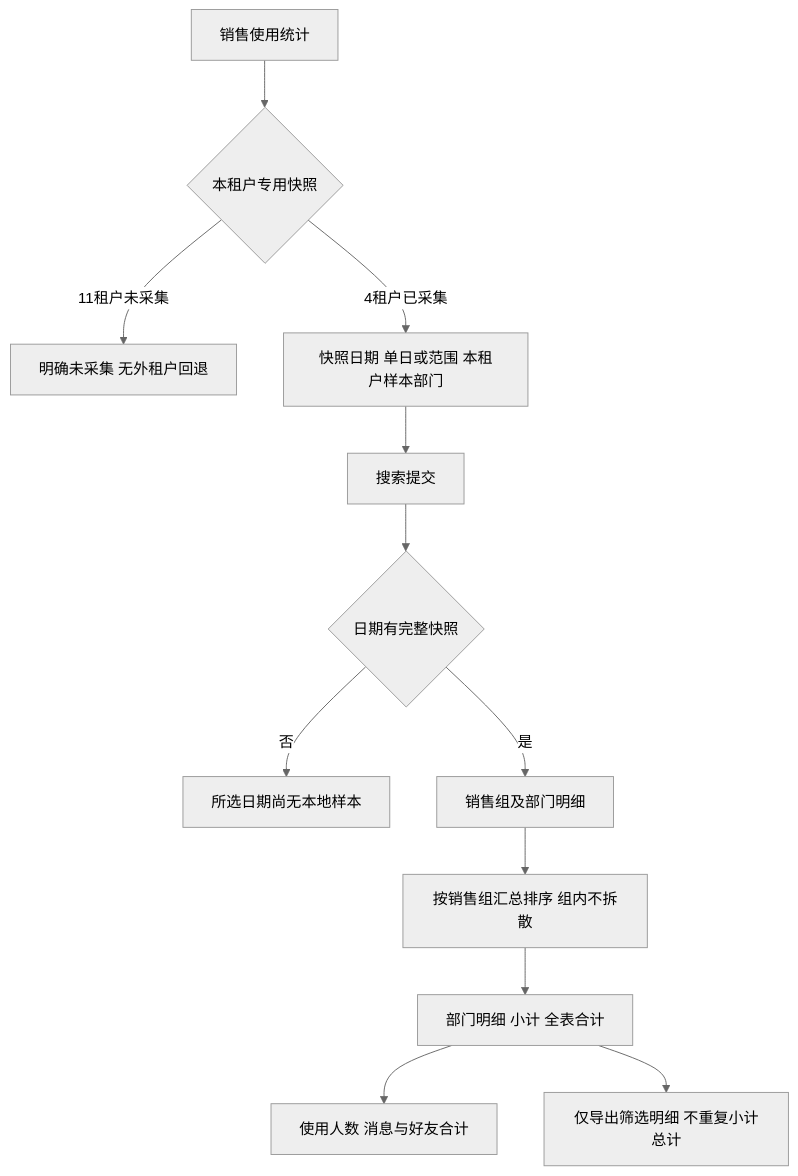
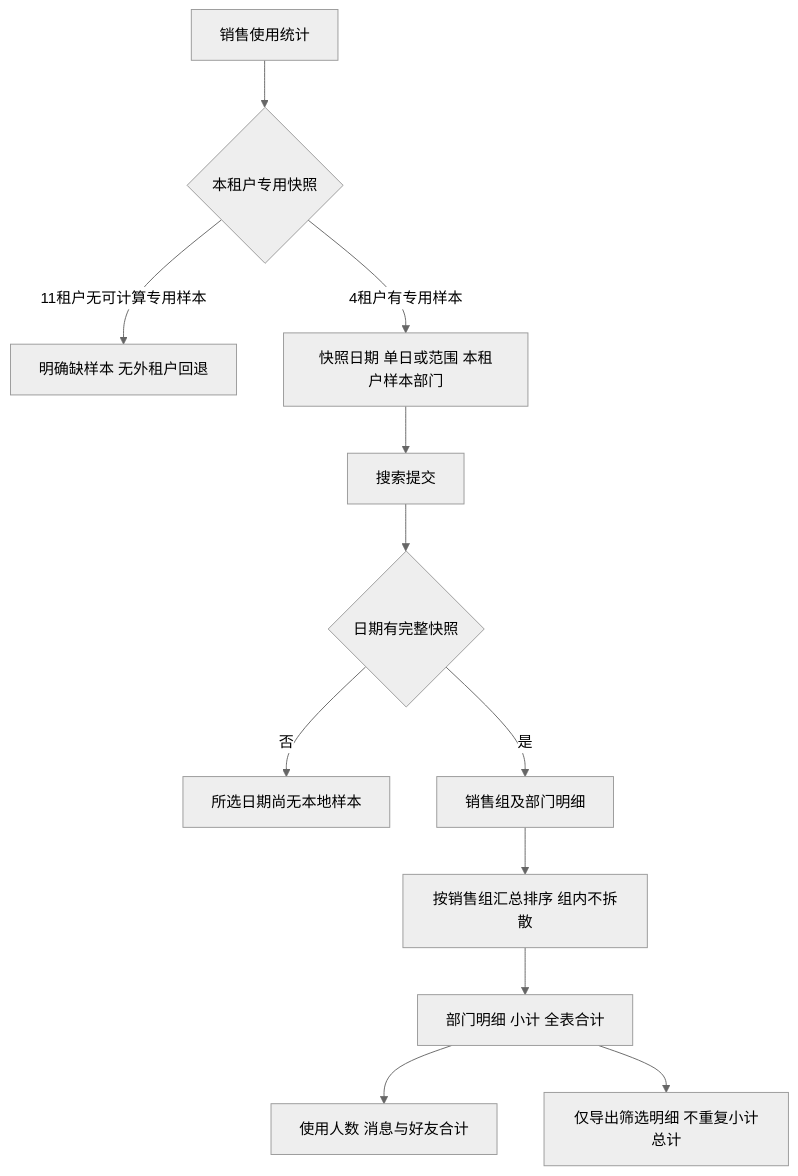
One commit to xfang9528-glitch/suiyin-admin changed the fifth of 10 diagrams in flowcharts/admin-live-reference.md. Above: the diagram before and after it, drawn with Mermaid (neutral theme). The commit also changed other lines of this file and 103 other files, not shown here.

````diff
--- a/flowcharts/admin-live-reference.md
+++ b/flowcharts/admin-live-reference.md
@@ -107,14 +107,14 @@
 ```mermaid
 flowchart TD
     Entry[销售使用统计] --> Model{本租户专用快照}
-    Model -->|11租户未采集| Missing[明确未采集 无外租户回退]
-    Model -->|4租户已采集| Draft[快照日期 单日或范围 本租户样本部门]
+    Model -->|11租户无可计算专用样本| Missing[明确缺样本 无外租户回退]
+    Model -->|4租户有专用样本| Draft[快照日期 单日或范围 本租户样本部门]
     Draft --> Search[搜索提交]
     Search --> Complete{日期有完整快照}
     Complete -->|否| NoSnapshot[所选日期尚无本地样本]
     Complete -->|是| Groups[销售组及部门明细]
     Groups --> Sort[按销售组汇总排序 组内不拆散]
     Sort --> Table[部门明细 小计 全表合计]
     Table --> Summary[使用人数 消息与好友合计]
     Table --> CSV[仅导出筛选明细 不重复小计总计]
 ```
````
